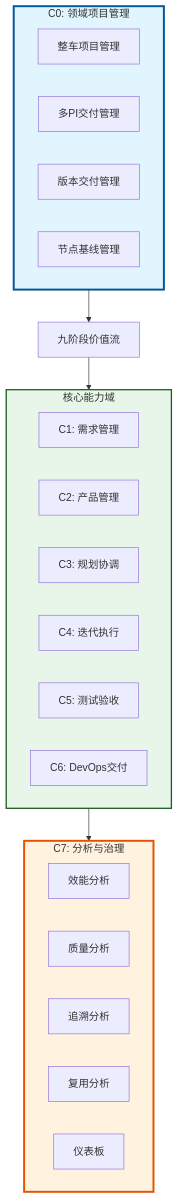
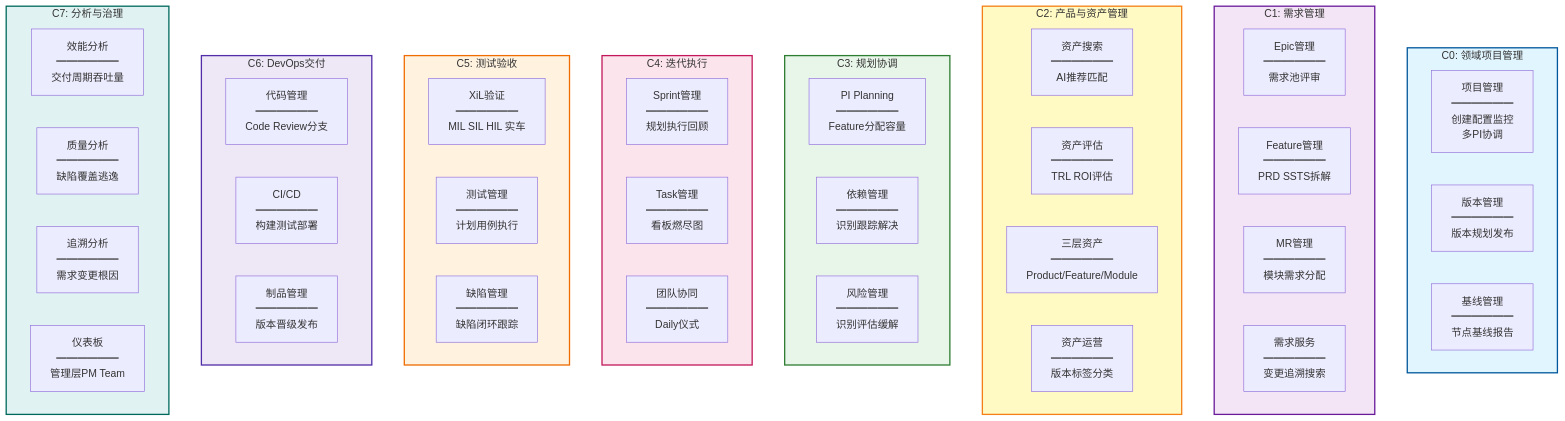
Diagram 15 of 30 in platform-design/AUTO_RD_PLATFORM_DESIGN_MERMAID.md (zjx-immersion/auto-rd-platform-prototype), drawn with Mermaid before and after one commit. The commit also changed other lines of this file, not shown here.

````diff
--- a/platform-design/AUTO_RD_PLATFORM_DESIGN_MERMAID.md
+++ b/platform-design/AUTO_RD_PLATFORM_DESIGN_MERMAID.md
@@ -826,36 +609,62 @@
 ```mermaid
 graph TB
-    subgraph C0_Domain["C0: 领域项目管理"]
-        C01[整车项目管理]
-        C02[多PI交付管理]
-        C03[版本交付管理]
-        C04[节点基线管理]
+    subgraph C0["C0: 领域项目管理"]
+        C0_1[项目管理<br/>━━━━━━<br/>创建配置监控<br/>多PI协调]
+        C0_2[版本管理<br/>━━━━━━<br/>版本规划发布]
+        C0_3[基线管理<br/>━━━━━━<br/>节点基线报告]
     end
 
-    C0_Domain --> VS[九阶段价值流]
-
-    subgraph Core_Capabilities["核心能力域"]
-        C1[C1: 需求管理]
-        C2[C2: 产品管理]
-        C3[C3: 规划协调]
-        C4[C4: 迭代执行]
-        C5[C5: 测试验收]
-        C6[C6: DevOps交付]
+    subgraph C1["C1: 需求管理"]
+        C1_1[Epic管理<br/>━━━━━━<br/>需求池评审]
+        C1_2[Feature管理<br/>━━━━━━<br/>PRD SSTS拆解]
+        C1_3[MR管理<br/>━━━━━━<br/>模块需求分配]
+        C1_4[需求服务<br/>━━━━━━<br/>变更追溯搜索]
     end
 
-    VS --> Core_Capabilities
-
-    subgraph C7_Governance["C7: 分析与治理"]
-        C71[效能分析]
-        C72[质量分析]
-        C73[追溯分析]
-        C74[复用分析]
-        C75[仪表板]
+    subgraph C2["C2: 产品与资产管理"]
+        C2_1[资产搜索<br/>━━━━━━<br/>AI推荐匹配]
+        C2_2[资产评估<br/>━━━━━━<br/>TRL ROI评估]
+        C2_3[三层资产<br/>━━━━━━<br/>Product/Feature/Module]
+        C2_4[资产运营<br/>━━━━━━<br/>版本标签分类]
     end
 
-    Core_Capabilities --> C7_Governance
+    subgraph C3["C3: 规划协调"]
+        C3_1[PI Planning<br/>━━━━━━<br/>Feature分配容量]
+        C3_2[依赖管理<br/>━━━━━━<br/>识别跟踪解决]
+        C3_3[风险管理<br/>━━━━━━<br/>识别评估缓解]
+    end
 
-    style C0_Domain fill:#e1f5fe,stroke:#01579b,stroke-width:3px
-    style Core_Capabilities fill:#e8f5e9,stroke:#1b5e20,stroke-width:2px
-    style C7_Governance fill:#fff3e0,stroke:#e65100,stroke-width:3px
+    subgraph C4["C4: 迭代执行"]
+        C4_1[Sprint管理<br/>━━━━━━<br/>规划执行回顾]
+        C4_2[Task管理<br/>━━━━━━<br/>看板燃尽图]
+        C4_3[团队协同<br/>━━━━━━<br/>Daily仪式]
+    end
+
+    subgraph C5["C5: 测试验收"]
+        C5_1[XiL验证<br/>━━━━━━<br/>MIL SIL HIL 实车]
+        C5_2[测试管理<br/>━━━━━━<br/>计划用例执行]
+        C5_3[缺陷管理<br/>━━━━━━<br/>缺陷闭环跟踪]
+    end
+
+    subgraph C6["C6: DevOps交付"]
+        C6_1[代码管理<br/>━━━━━━<br/>Code Review分支]
+        C6_2[CI/CD<br/>━━━━━━<br/>构建测试部署]
+        C6_3[制品管理<br/>━━━━━━<br/>版本晋级发布]
+    end
+
+    subgraph C7["C7: 分析与治理"]
+        C7_1[效能分析<br/>━━━━━━<br/>交付周期吞吐量]
+        C7_2[质量分析<br/>━━━━━━<br/>缺陷覆盖逃逸]
+        C7_3[追溯分析<br/>━━━━━━<br/>需求变更根因]
+        C7_4[仪表板<br/>━━━━━━<br/>管理层PM Team]
+    end
+
+    style C0 fill:#e1f5fe,stroke:#01579b,stroke-width:2px
+    style C1 fill:#f3e5f5,stroke:#6a1b9a,stroke-width:2px
+    style C2 fill:#fff9c4,stroke:#f57f17,stroke-width:2px
+    style C3 fill:#e8f5e9,stroke:#2e7d32,stroke-width:2px
+    style C4 fill:#fce4ec,stroke:#c2185b,stroke-width:2px
+    style C5 fill:#fff3e0,stroke:#ef6c00,stroke-width:2px
+    style C6 fill:#ede7f6,stroke:#512da8,stroke-width:2px
+    style C7 fill:#e0f2f1,stroke:#00695c,stroke-width:2px
 ```
````
